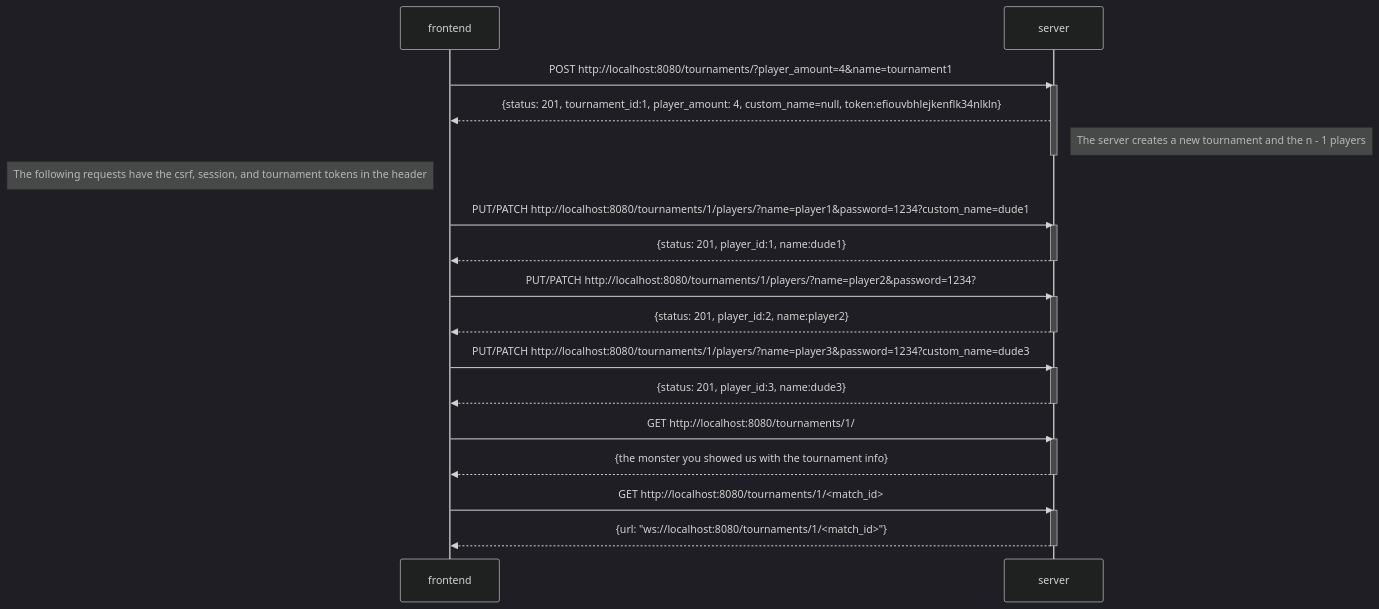
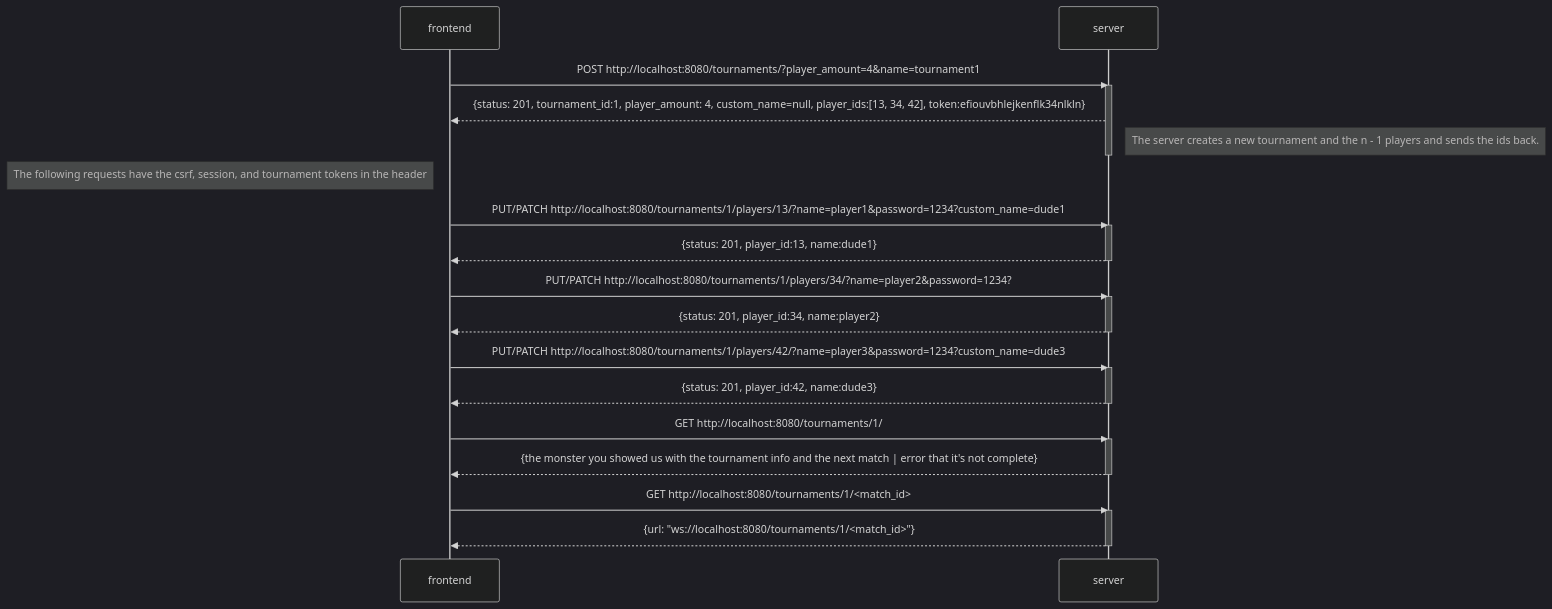
The diagram in tournament_api.md (dorianjagusch/ft_transcendence), drawn with Mermaid (dark theme) before and after one commit.

Commit message:
mermaid diagramme

````diff
--- a/tournament_api.md
+++ b/tournament_api.md
@@ -1,38 +1,38 @@
 ```mermaid
 	sequenceDiagram
 		participant frontend
 		participant server
 
 		frontend->>server: POST http://localhost:8080/tournaments/?player_amount=4&name=tournament1
 		activate server
-		server-->>frontend: {status: 201, tournament_id:1, player_amount: 4, custom_name=null, token:efiouvbhlejkenflk34nlkln}
-		Note right of server: The server creates a new tournament and the n - 1 players
+		server-->>frontend: {status: 201, tournament_id:1, player_amount: 4, custom_name=null, player_ids:[13, 34, 42], token:efiouvbhlejkenflk34nlkln}
+		Note right of server: The server creates a new tournament and the n - 1 players and sends the ids back.
 		deactivate server
 
 		Note left of frontend: The following requests have the csrf, session, and tournament tokens in the header
-		frontend->>server: PUT/PATCH http://localhost:8080/tournaments/1/players/?name=player1&password=1234?custom_name=dude1
+		frontend->>server: PUT/PATCH http://localhost:8080/tournaments/1/players/13/?name=player1&password=1234?custom_name=dude1
 		activate server
-		server-->>frontend: {status: 201, player_id:1, name:dude1}
+		server-->>frontend: {status: 201, player_id:13, name:dude1}
 		deactivate server
 
-		frontend->>server: PUT/PATCH http://localhost:8080/tournaments/1/players/?name=player2&password=1234?
+		frontend->>server: PUT/PATCH http://localhost:8080/tournaments/1/players/34/?name=player2&password=1234?
 		activate server
-		server-->>frontend: {status: 201, player_id:2, name:player2}
+		server-->>frontend: {status: 201, player_id:34, name:player2}
 		deactivate server
 
-		frontend->>server: PUT/PATCH http://localhost:8080/tournaments/1/players/?name=player3&password=1234?custom_name=dude3
+		frontend->>server: PUT/PATCH http://localhost:8080/tournaments/1/players/42/?name=player3&password=1234?custom_name=dude3
 		activate server
-		server-->>frontend: {status: 201, player_id:3, name:dude3}
+		server-->>frontend: {status: 201, player_id:42, name:dude3}
 		deactivate server
 
 		frontend->>server: GET http://localhost:8080/tournaments/1/
 		activate server
-		server-->>frontend: {the monster you showed us with the tournament info}
+		server-->>frontend: {the monster you showed us with the tournament info and the next match | error that it's not complete}
 		deactivate server
 
 		frontend->>server: GET http://localhost:8080/tournaments/1/<match_id>
 		activate server
 		server-->>frontend: {url: "ws://localhost:8080/tournaments/1/<match_id>"}
 		deactivate server
 
 ```
````
